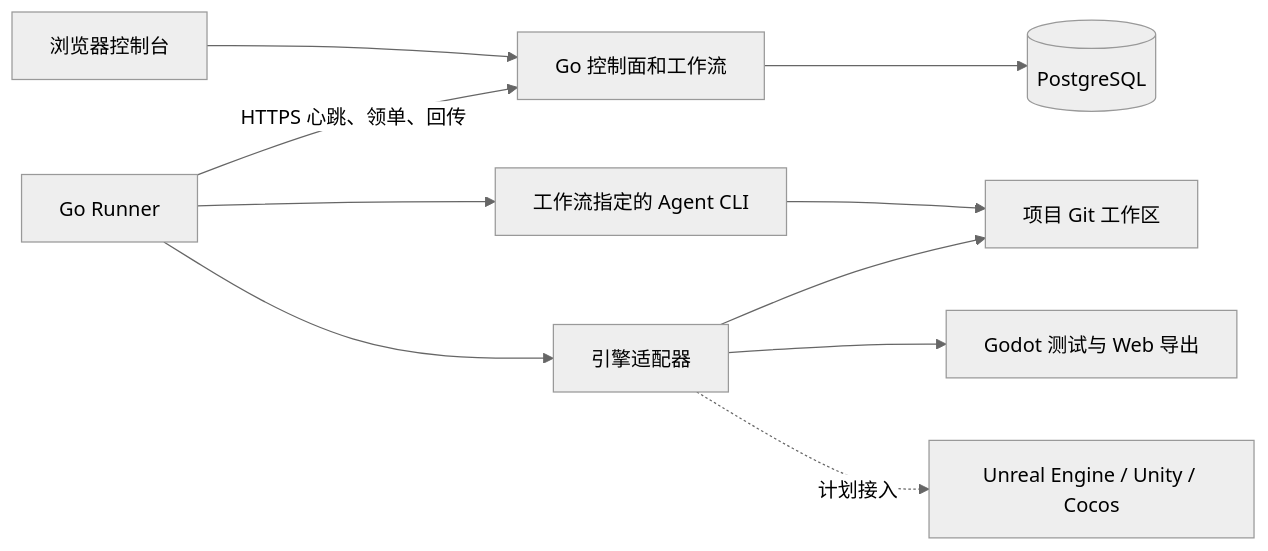
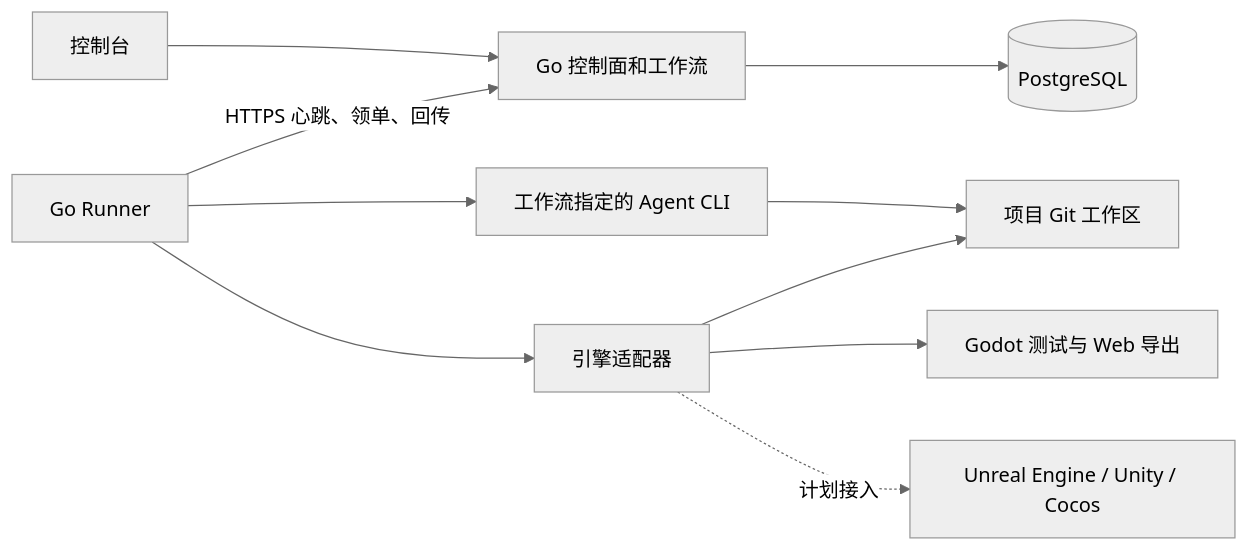
One commit to PhongFeng/Agentrib changed the diagram in README.md. Above: the diagram before and after it, drawn with Mermaid (neutral theme). The commit also changed other lines of this file and 1 other file, not shown here.

Commit message:
docs: describe game development through console workflows

````diff
--- a/README.md
+++ b/README.md
@@ -42,12 +42,12 @@
 ```mermaid
 flowchart LR
-    Web[浏览器控制台] --> Server[Go 控制面和工作流]
+    Console[控制台] --> Server[Go 控制面和工作流]
     Server --> Database[(PostgreSQL)]
     Runner[Go Runner] -->|HTTPS 心跳、领单、回传| Server
     Runner --> Agents[工作流指定的 Agent CLI]
     Runner --> Engine[引擎适配器]
     Engine --> Godot[Godot 测试与 Web 导出]
     Engine -. 计划接入 .-> Future[Unreal Engine / Unity / Cocos]
     Agents --> Git[项目 Git 工作区]
     Engine --> Git
 ```
````
